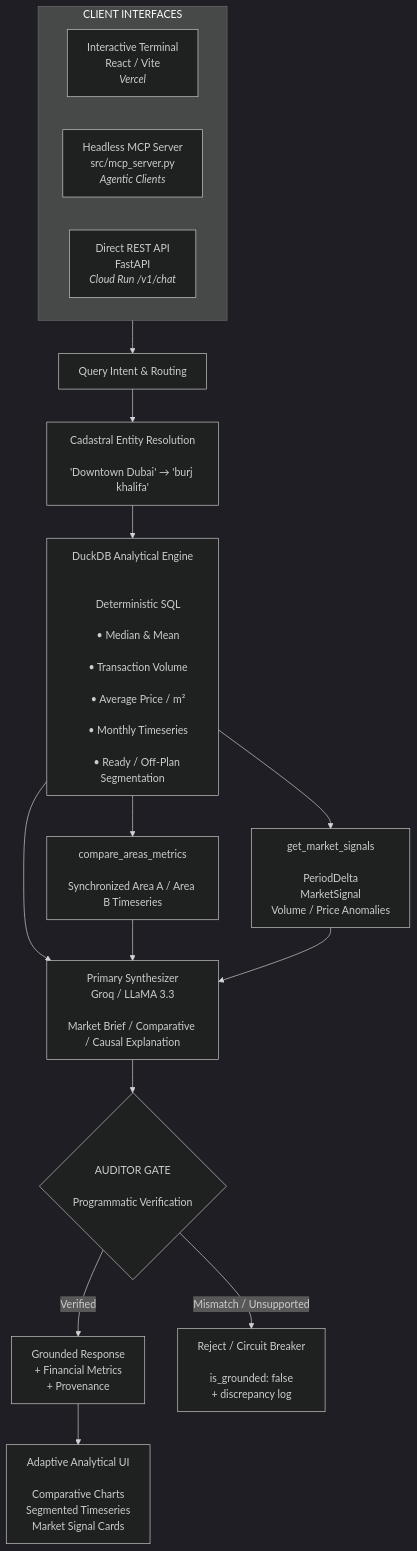
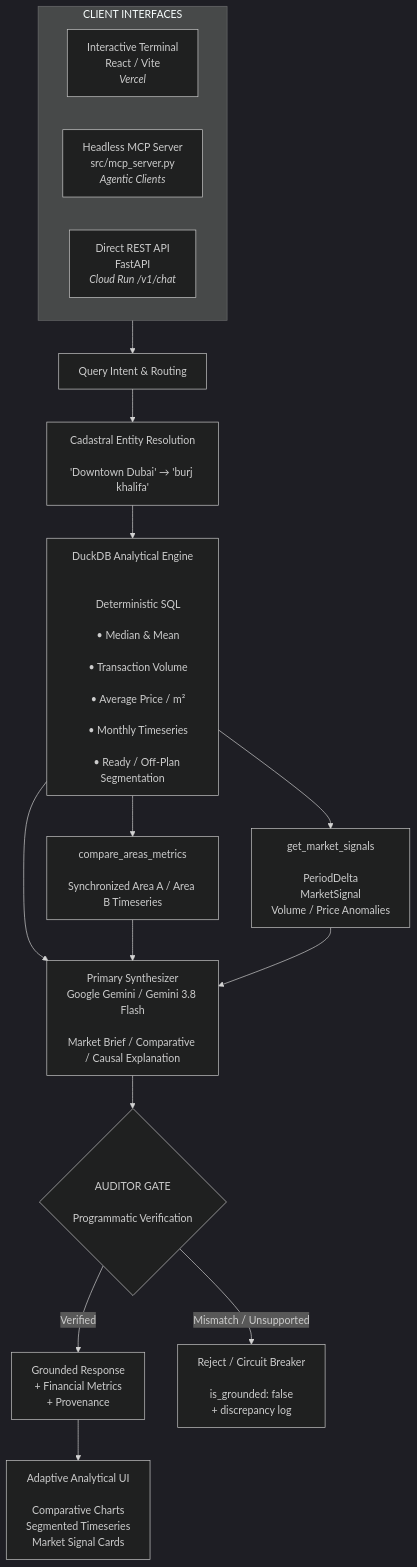
The diagram in README.md (aha2003/acreiq), drawn with Mermaid (dark theme) before and after one commit. The commit also changed other lines of this file and 2 other files, not shown here.

Commit message:
feat: migrate LLM provider from Groq to Gemini 3.8 Flash

````diff
--- a/README.md
+++ b/README.md
@@ -34,39 +34,39 @@
 ```mermaid
 flowchart TD
 
     subgraph Clients["CLIENT INTERFACES"]
         direction LR
 
         C1["Interactive Terminal<br/>React / Vite<br/><i>Vercel</i>"]
         C2["Headless MCP Server<br/>src/mcp_server.py<br/><i>Agentic Clients</i>"]
         C3["Direct REST API<br/>FastAPI<br/><i>Cloud Run /v1/chat</i>"]
     end
 
     Clients --> Router["Query Intent & Routing"]
 
     Router --> Cadastral["Cadastral Entity Resolution<br/><br/>'Downtown Dubai' → 'burj khalifa'"]
 
     Cadastral --> Analytics["DuckDB Analytical Engine<br/><br/>
     Deterministic SQL<br/>
     • Median & Mean<br/>
     • Transaction Volume<br/>
     • Average Price / m²<br/>
     • Monthly Timeseries<br/>
     • Ready / Off-Plan Segmentation"]
 
     Analytics --> Compare["compare_areas_metrics<br/><br/>Synchronized Area A / Area B Timeseries"]
 
     Analytics --> Signals["get_market_signals<br/><br/>PeriodDelta<br/>MarketSignal<br/>Volume / Price Anomalies"]
 
-    Analytics --> Synth["Primary Synthesizer<br/>Groq / LLaMA 3.3<br/><br/>Market Brief / Comparative / Causal Explanation"]
+    Analytics --> Synth["Primary Synthesizer<br/>Google Gemini / Gemini 3.8 Flash<br/><br/>Market Brief / Comparative / Causal Explanation"]
 
     Compare --> Synth
     Signals --> Synth
 
     Synth --> Auditor{"AUDITOR GATE<br/><br/>Programmatic Verification"}
 
     Auditor -->|Verified| Response["Grounded Response<br/>+ Financial Metrics<br/>+ Provenance"]
     Auditor -->|Mismatch / Unsupported| Reject["Reject / Circuit Breaker<br/><br/>is_grounded: false<br/>+ discrepancy log"]
 
     Response --> UI["Adaptive Analytical UI<br/><br/>Comparative Charts<br/>Segmented Timeseries<br/>Market Signal Cards"]
 ```
````
